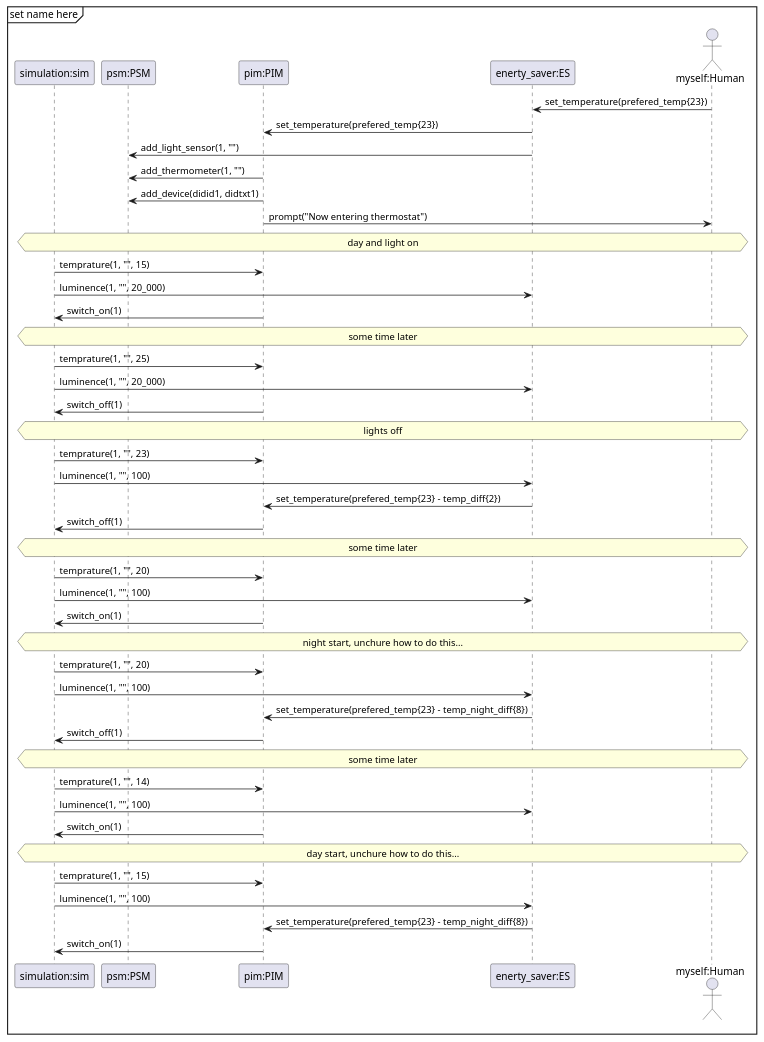
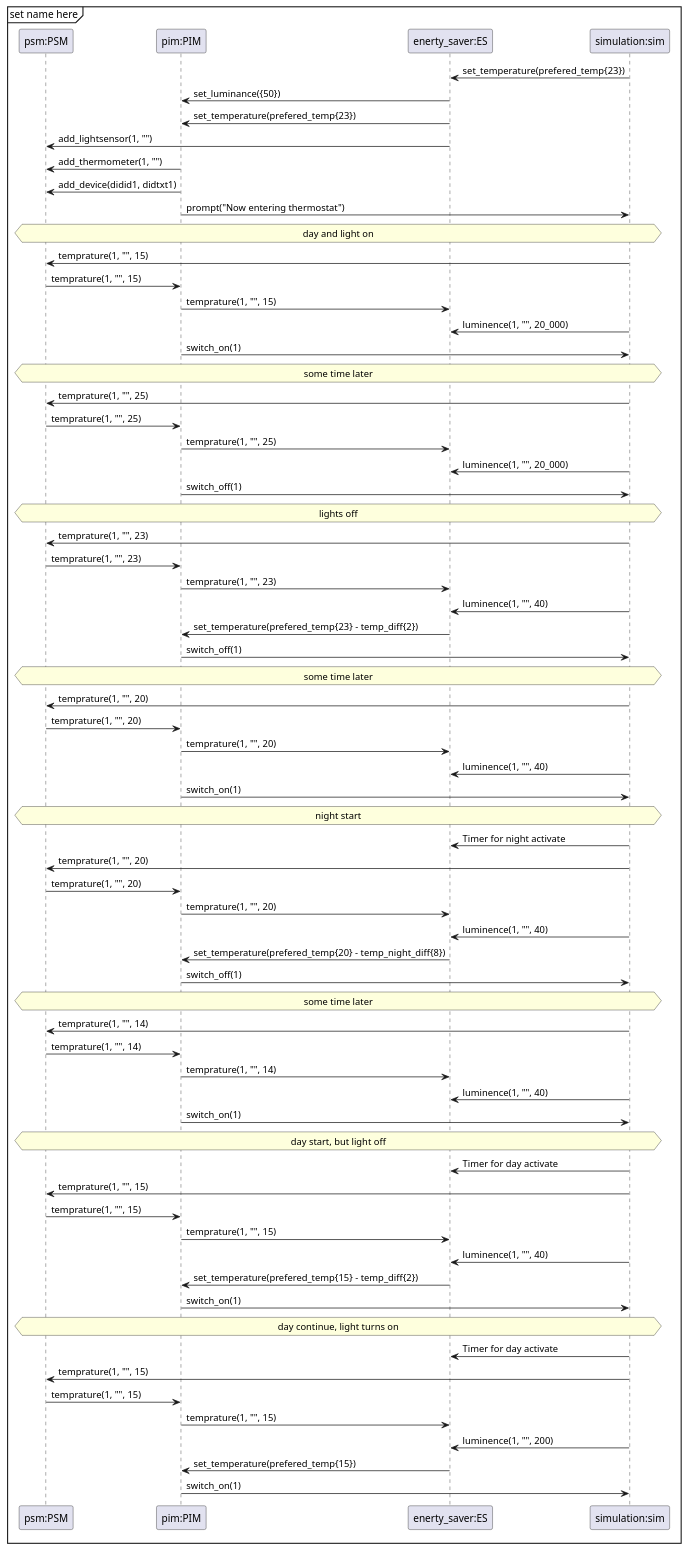
One commit to Tobhal/HIOF-Models-and-Digital-Twins changed the diagram in Oblig1/TheRoomX3D2.MQTT.sim/Diagrams/sequence diagram normal day.plantuml. Above: the diagram before and after it, drawn with PlantUML. The commit also changed 11 other files, not shown here.

Commit message:
Fixed errors, only change in temp left for simulation of luminance

```diff
--- a/Oblig1/TheRoomX3D2.MQTT.sim/Diagrams/sequence diagram normal day.plantuml
+++ b/Oblig1/TheRoomX3D2.MQTT.sim/Diagrams/sequence diagram normal day.plantuml
@@ -1,75 +1,112 @@
 @startuml sequense diagram
 mainframe set name here
 
-participant "simulation:sim" as sim
+
 participant "psm:PSM" as psm
 participant "pim:PIM" as pim
 participant "enerty_saver:ES" as es
-actor "myself:Human" as human
+participant "simulation:sim" as sim
+
 
 'Set preferred temp
-es <- human: set_temperature(prefered_temp{23})
+es <- sim: set_temperature(prefered_temp{23})
+es -> pim: set_luminance({50})
 pim <- es: set_temperature(prefered_temp{23})
 
-psm <- es: add_light_sensor(1, "")
+psm <- es: add_lightsensor(1, "")
 
 psm <- pim: add_thermometer(1, "")
 psm <- pim: add_device(didid1, didtxt1)
 
-pim -> human: prompt("Now entering thermostat")
+pim -> sim: prompt("Now entering thermostat")
 
 hnote across: day and light on
 'setup compleat
 
-sim -> pim: temprature(1, "", 15)
+sim -> psm: temprature(1, "", 15)
+psm -> pim: temprature(1, "", 15)
+pim -> es: temprature(1, "", 15)
+
 sim -> es: luminence(1, "", 20_000)
 sim <- pim: switch_on(1)
 
 hnote across: some time later
 
-sim -> pim: temprature(1, "", 25)
+sim -> psm: temprature(1, "", 25)
+psm -> pim: temprature(1, "", 25)
+pim -> es: temprature(1, "", 25)
+
 sim -> es: luminence(1, "", 20_000)
 sim <- pim: switch_off(1)
 
 hnote across: lights off
 
-sim -> pim: temprature(1, "", 23)
-sim -> es: luminence(1, "", 100)
+sim -> psm: temprature(1, "", 23)
+psm -> pim: temprature(1, "", 23)
+pim -> es: temprature(1, "", 23)
+
+sim -> es: luminence(1, "", 40)
 
 pim <- es: set_temperature(prefered_temp{23} - temp_diff{2})
 
 sim <- pim: switch_off(1)
 
 hnote across: some time later
 
-sim -> pim: temprature(1, "", 20)
-sim -> es: luminence(1, "", 100)
+sim -> psm: temprature(1, "", 20)
+psm -> pim: temprature(1, "", 20)
+pim -> es: temprature(1, "", 20)
+
+sim -> es: luminence(1, "", 40)
 sim <- pim: switch_on(1)
 
-hnote across: night start, unchure how to do this...
+hnote across: night start
 
-sim -> pim: temprature(1, "", 20)
-sim -> es: luminence(1, "", 100)
+sim -> es: Timer for night activate
+sim -> psm: temprature(1, "", 20)
+psm -> pim: temprature(1, "", 20)
+pim -> es: temprature(1, "", 20)
 
-pim <- es: set_temperature(prefered_temp{23} - temp_night_diff{8})
+sim -> es: luminence(1, "", 40)
+
+pim <- es: set_temperature(prefered_temp{20} - temp_night_diff{8})
 sim <- pim: switch_off(1)
 
 hnote across: some time later
 
-sim -> pim: temprature(1, "", 14)
-sim -> es: luminence(1, "", 100)
+sim -> psm: temprature(1, "", 14)
+psm -> pim: temprature(1, "", 14)
+pim -> es: temprature(1, "", 14)
+
+sim -> es: luminence(1, "", 40)
 
 sim <- pim: switch_on(1)
 
-hnote across: day start, unchure how to do this...
+hnote across: day start, but light off
 
-sim -> pim: temprature(1, "", 15)
-sim -> es: luminence(1, "", 100)
+sim -> es: Timer for day activate
 
-pim <- es: set_temperature(prefered_temp{23} - temp_night_diff{8})
+sim -> psm: temprature(1, "", 15)
+psm -> pim: temprature(1, "", 15)
+pim -> es: temprature(1, "", 15)
+
+sim -> es: luminence(1, "", 40)
+
+pim <- es: set_temperature(prefered_temp{15} - temp_diff{2})
+sim <- pim: switch_on(1)
+
+hnote across: day continue, light turns on
+
+sim -> es: Timer for day activate
+
+sim -> psm: temprature(1, "", 15)
+psm -> pim: temprature(1, "", 15)
+pim -> es: temprature(1, "", 15)
+
+sim -> es: luminence(1, "", 200)
+
+pim <- es: set_temperature(prefered_temp{15})
 sim <- pim: switch_on(1)
 
 
-
-
 @enduml
```
